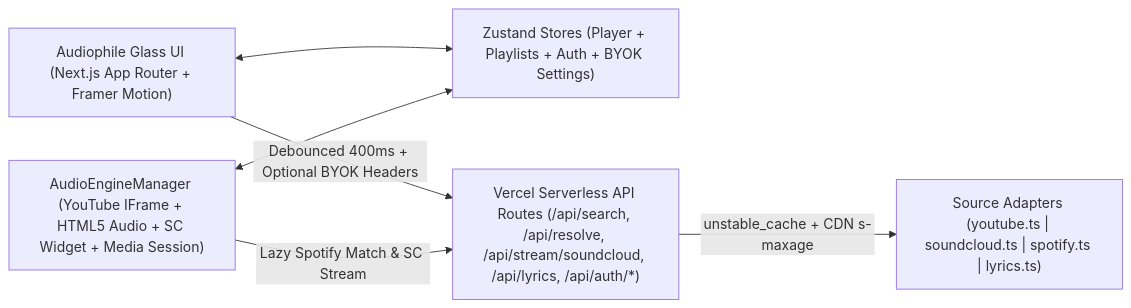
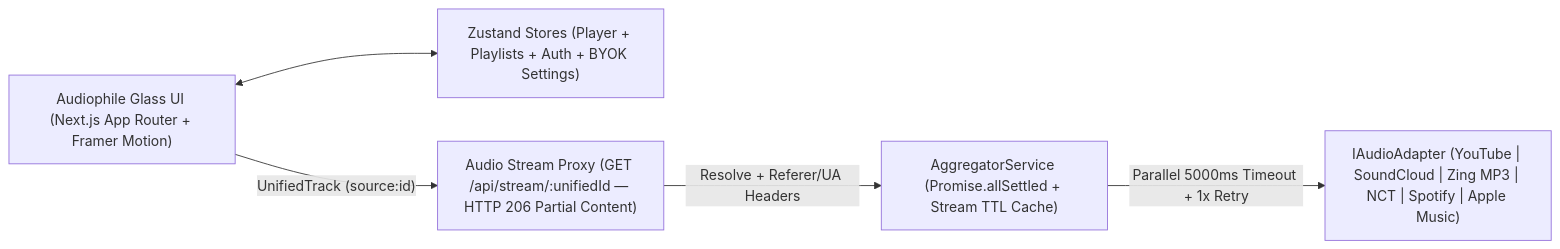
Before and after one commit to HnguynbeeIT/HnBeeMusic: the diagram in README.md, drawn with Mermaid. The commit also changed other lines of this file and 3 other files, not shown here.

Commit message:
docs(qa): wire adapter registry, verify multi-platform search, update .env.example and Platform Matrix

````diff
--- a/README.md
+++ b/README.md
@@ -46,14 +46,13 @@
 ```mermaid
 flowchart LR
     UI["Audiophile Glass UI (Next.js App Router + Framer Motion)"]
     Store["Zustand Stores (Player + Playlists + Auth + BYOK Settings)"]
-    Engine["AudioEngineManager (YouTube IFrame + HTML5 Audio + SC Widget + Media Session)"]
-    API["Vercel Serverless API Routes (/api/search, /api/resolve, /api/stream/soundcloud, /api/lyrics, /api/auth/*)"]
-    Adapters["Source Adapters (youtube.ts | soundcloud.ts | spotify.ts | lyrics.ts)"]
+    Proxy["Audio Stream Proxy (GET /api/stream/:unifiedId — HTTP 206 Partial Content)"]
+    Agg["AggregatorService (Promise.allSettled + Stream TTL Cache)"]
+    Adapters["IAudioAdapter (YouTube | SoundCloud | Zing MP3 | NCT | Spotify | Apple Music)"]
 
     UI <--> Store
-    Engine <--> Store
-    UI -->|"Debounced 400ms + Optional BYOK Headers"| API
-    Engine -->|"Lazy Spotify Match & SC Stream"| API
-    API -->|"unstable_cache + CDN s-maxage"| Adapters
+    UI -->|"UnifiedTrack (source:id)"| Proxy
+    Proxy -->|"Resolve + Referer/UA Headers"| Agg
+    Agg -->|"Parallel 5000ms Timeout + 1x Retry"| Adapters
 ```
````
